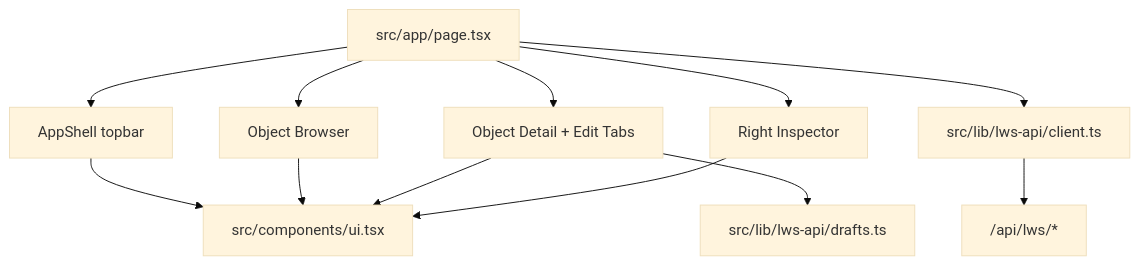
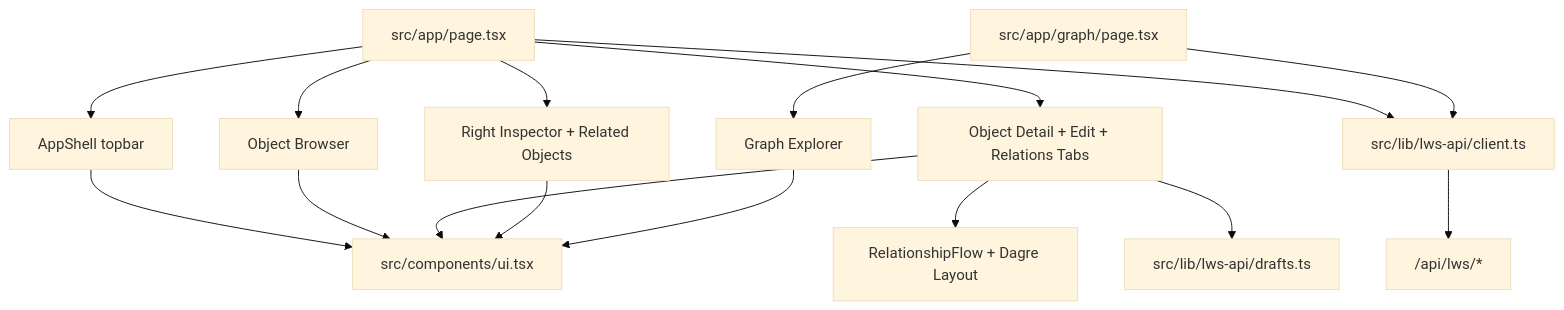
Before and after one commit to Listro02/Listro_Wiki_System: the second of 9 diagrams in docs/implementation/frontend/LWS_FRONTEND_FOUNDATION_SLICE_IMPLEMENTATION_REPORT.md, drawn with Mermaid (base theme). The commit also changed other lines of this file and 20 other files, not shown here.

First line of the commit message:
feat: Enhance LWS Graph API with history and mutation event support

````diff
--- a/docs/implementation/frontend/LWS_FRONTEND_FOUNDATION_SLICE_IMPLEMENTATION_REPORT.md
+++ b/docs/implementation/frontend/LWS_FRONTEND_FOUNDATION_SLICE_IMPLEMENTATION_REPORT.md
@@ -176,24 +235,31 @@
 ```mermaid
 flowchart TD
   Page["src/app/page.tsx"]
+  GraphRoute["src/app/graph/page.tsx"]
   Shell["AppShell topbar"]
   Browser["Object Browser"]
-  Detail["Object Detail + Edit Tabs"]
-  Inspector["Right Inspector"]
+  Detail["Object Detail + Edit + Relations Tabs"]
+  Flow["RelationshipFlow + Dagre Layout"]
+  Inspector["Right Inspector + Related Objects"]
+  Explorer["Graph Explorer"]
   UI["src/components/ui.tsx"]
   Client["src/lib/lws-api/client.ts"]
   Drafts["src/lib/lws-api/drafts.ts"]
   API["/api/lws/*"]
 
   Page --> Shell
   Page --> Browser
   Page --> Detail
+  Detail --> Flow
   Page --> Inspector
+  GraphRoute --> Explorer
   Shell --> UI
   Browser --> UI
   Detail --> UI
   Inspector --> UI
+  Explorer --> UI
   Page --> Client
+  GraphRoute --> Client
   Detail --> Drafts
   Client --> API
 ```
````
